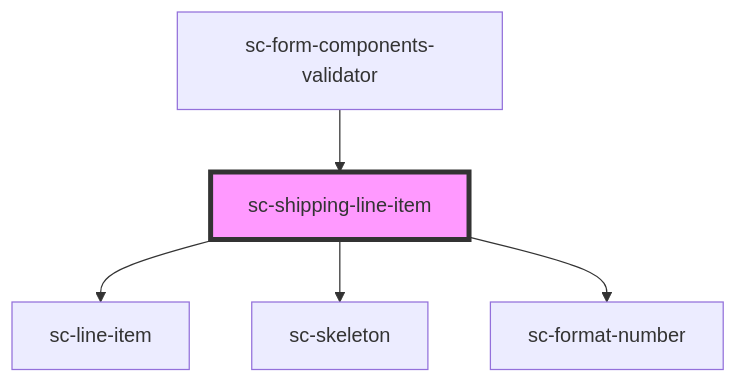
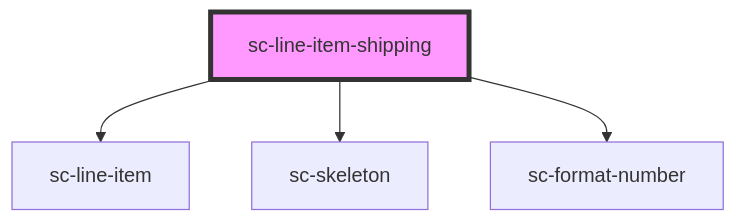
One commit to surecart/surecart-wp-plugin changed the diagram in packages/components/src/components/controllers/checkout-form/sc-line-item-shipping/readme.md. Above: the diagram before and after it, drawn with Mermaid. The commit also changed other lines of this file and 18 other files, not shown here.

Commit message:
rename the block shippinglineitem to line item shipping

````diff
--- a/packages/components/src/components/controllers/checkout-form/sc-line-item-shipping/readme.md
+++ b/packages/components/src/components/controllers/checkout-form/sc-line-item-shipping/readme.md
@@ -30,8 +24,7 @@
 ```mermaid
 graph TD;
-  sc-shipping-line-item --> sc-line-item
-  sc-shipping-line-item --> sc-skeleton
-  sc-shipping-line-item --> sc-format-number
-  sc-form-components-validator --> sc-shipping-line-item
-  style sc-shipping-line-item fill:#f9f,stroke:#333,stroke-width:4px
+  sc-line-item-shipping --> sc-line-item
+  sc-line-item-shipping --> sc-skeleton
+  sc-line-item-shipping --> sc-format-number
+  style sc-line-item-shipping fill:#f9f,stroke:#333,stroke-width:4px
 ```
````
